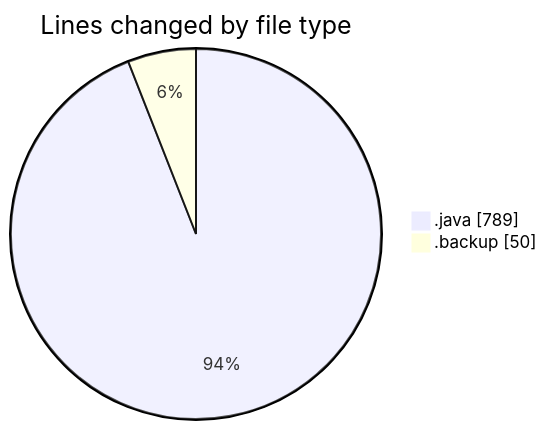
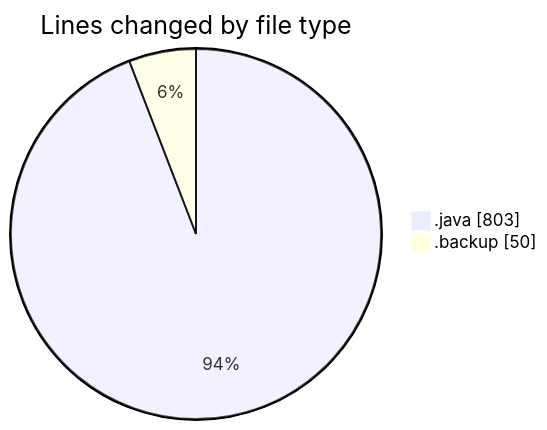
Before and after one commit to ricardozamudiocil/code-tracking: the first of 2 diagrams in 2026-02-26/cilapp/README.md, drawn with Mermaid. The commit also changed other lines of this file and 1 other file, not shown here.

````diff
--- a/2026-02-26/cilapp/README.md
+++ b/2026-02-26/cilapp/README.md
@@ -24,6 +24,6 @@
 ```mermaid
 pie showData
 title Lines changed by file type
-".java" : 789
+".java" : 803
 ".backup" : 50
 ```
````
